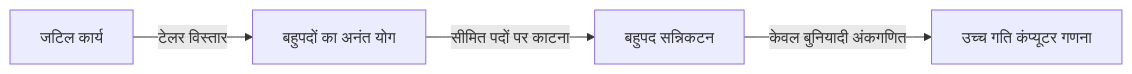
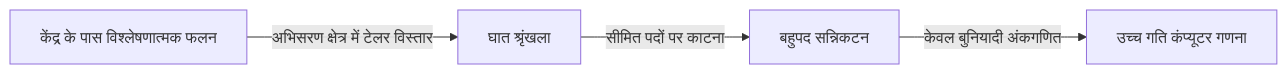
One commit to kenjinote/blog changed the diagram in content/post/taylor-and-maclaurin-series/index.hi.md. Above: the diagram before and after it, drawn with Mermaid. The commit also changed other lines of this file and 10 other files, not shown here.

````diff
--- a/content/post/taylor-and-maclaurin-series/index.hi.md
+++ b/content/post/taylor-and-maclaurin-series/index.hi.md
@@ -25,6 +26,6 @@
 ```mermaid
 flowchart LR
-    A["जटिल कार्य"] -->|"टेलर विस्तार"| B["बहुपदों का अनंत योग"]
+    A["केंद्र के पास विश्लेषणात्मक फलन"] -->|"अभिसरण क्षेत्र में टेलर विस्तार"| B["घात श्रृंखला"]
     B -->|"सीमित पदों पर काटना"| C["बहुपद सन्निकटन"]
     C -->|"केवल बुनियादी अंकगणित"| D["उच्च गति कंप्यूटर गणना"]
 ```
````
